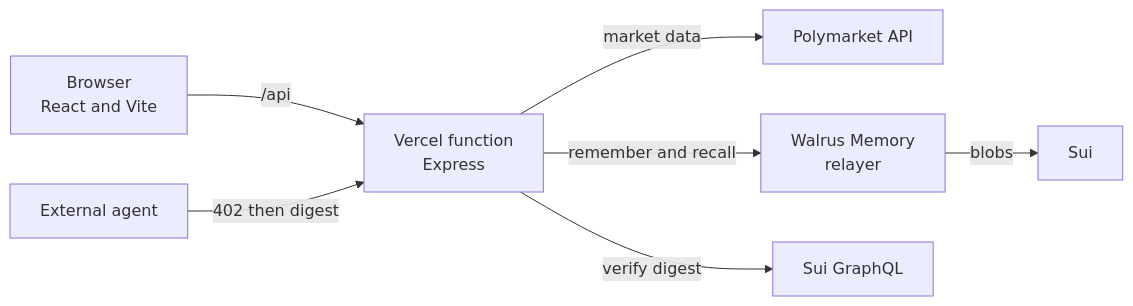
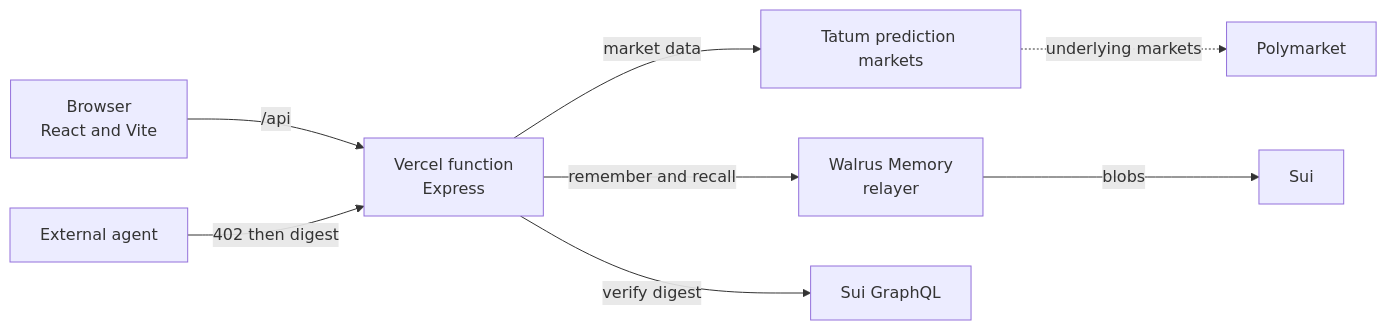
Before and after one commit to Chnnyrm/Reckon: the first of 3 diagrams in README.md, drawn with Mermaid. The commit also changed other lines of this file and 1 other file, not shown here.

First line of the commit message:
docs: say markets arrive through Tatum

````diff
--- a/README.md
+++ b/README.md
@@ -36,9 +38,10 @@
 ```mermaid
 flowchart LR
     B[Browser<br/>React and Vite] -->|/api| F[Vercel function<br/>Express]
-    F -->|market data| P[Polymarket API]
+    F -->|market data| T[Tatum prediction markets]
+    T -.->|underlying markets| P[Polymarket]
     F -->|remember and recall| W[Walrus Memory<br/>relayer]
     W -->|blobs| S[Sui]
     F -->|verify digest| G[Sui GraphQL]
     A[External agent] -->|402 then digest| F
 ```
````
